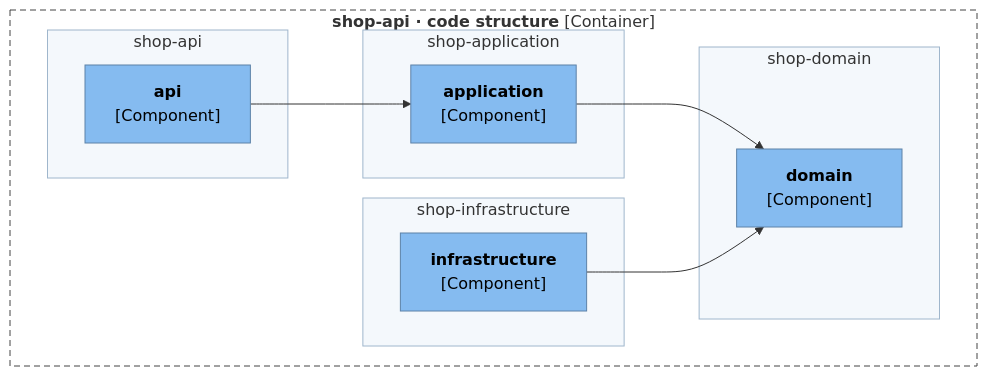
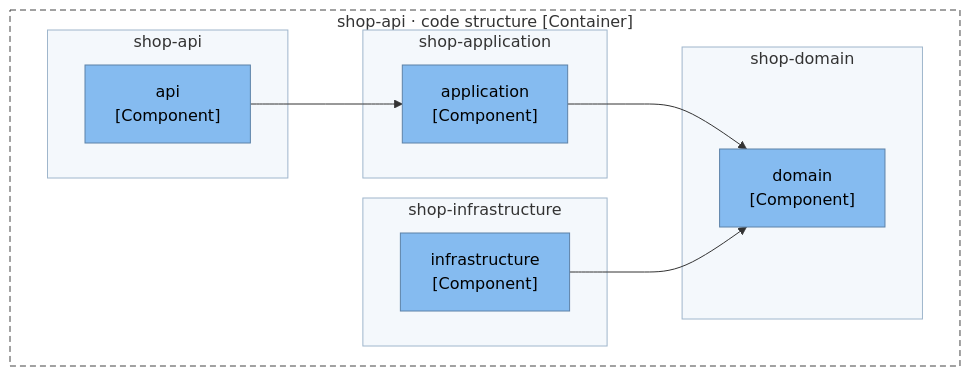
The third of 4 diagrams in tests/golden/maven_layered/output/ArchitectureReport.md (ythalorossy/architecture-skills), drawn with Mermaid before and after one commit. The commit also changed other lines of this file and 51 other files, not shown here.

First line of the commit message:
fix(render): plain diagram labels keep the characters in code names

````diff
--- a/tests/golden/maven_layered/output/ArchitectureReport.md
+++ b/tests/golden/maven_layered/output/ArchitectureReport.md
@@ -90,36 +82,32 @@
 ```mermaid
 flowchart TB
-    subgraph boundary["`**shop-api · code structure** [Container]`"]
-        subgraph module_shop_api["`shop-api`"]
-            shop_api__api["`**api**
-[Component]`"]
+    subgraph boundary["shop-api · code structure [Container]"]
+        subgraph module_shop_api["shop-api"]
+            shop_api__api["api<br/>[Component]"]
         end
-        subgraph module_shop_application["`shop-application`"]
-            shop_application__application["`**application**
-[Component]`"]
+        subgraph module_shop_application["shop-application"]
+            shop_application__application["application<br/>[Component]"]
         end
-        subgraph module_shop_domain["`shop-domain`"]
-            shop_domain__domain["`**domain**
-[Component]`"]
+        subgraph module_shop_domain["shop-domain"]
+            shop_domain__domain["domain<br/>[Component]"]
         end
-        subgraph module_shop_infrastructure["`shop-infrastructure`"]
-            shop_infrastructure__infrastructure["`**infrastructure**
-[Component]`"]
+        subgraph module_shop_infrastructure["shop-infrastructure"]
+            shop_infrastructure__infrastructure["infrastructure<br/>[Component]"]
         end
     end
     shop_api__api --> shop_application__application
     shop_application__application --> shop_domain__domain
     shop_infrastructure__infrastructure --> shop_domain__domain
     classDef person fill:#08427b,stroke:#052e56,color:#ffffff
     classDef container fill:#1168bd,stroke:#0b4884,color:#ffffff
     classDef system fill:#1168bd,stroke:#0b4884,color:#ffffff
     classDef component fill:#85bbf0,stroke:#5d82a8,color:#000000
     classDef external fill:#999999,stroke:#6b6b6b,color:#ffffff
     classDef shared fill:#dbe9f6,stroke:#5d82a8,color:#000000,stroke-dasharray:4 3
     class shop_api__api,shop_application__application,shop_domain__domain,shop_infrastructure__infrastructure component
     style boundary fill:none,stroke:#444444,stroke-dasharray:6 4
     style module_shop_api fill:#f4f8fc,stroke:#9fb6cc
     style module_shop_application fill:#f4f8fc,stroke:#9fb6cc
     style module_shop_domain fill:#f4f8fc,stroke:#9fb6cc
     style module_shop_infrastructure fill:#f4f8fc,stroke:#9fb6cc
 ```
````
